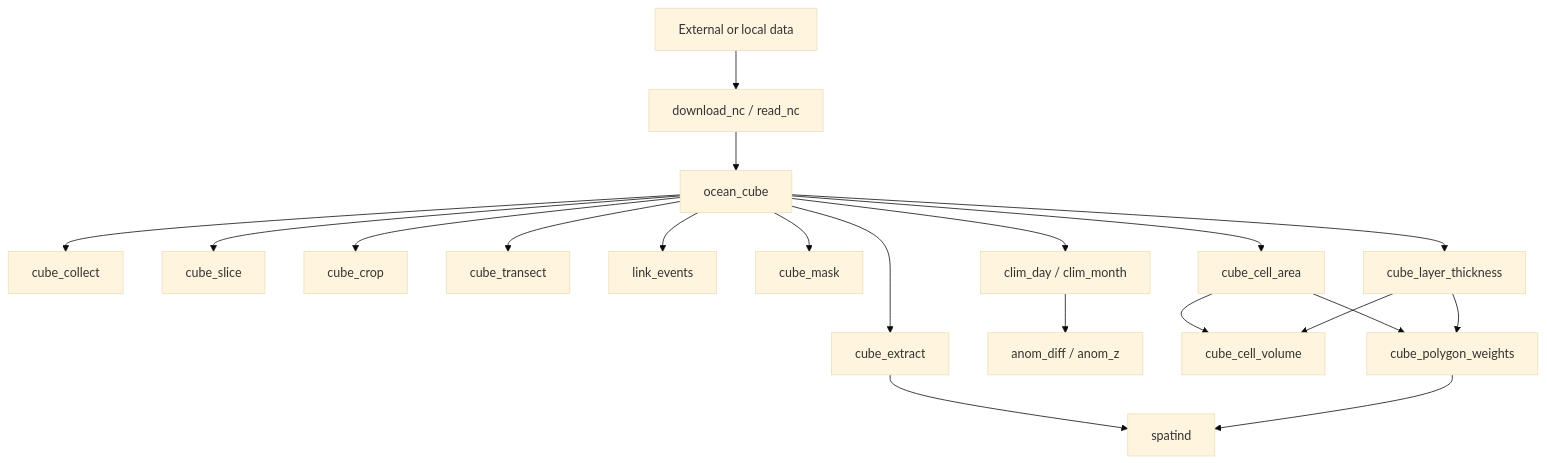
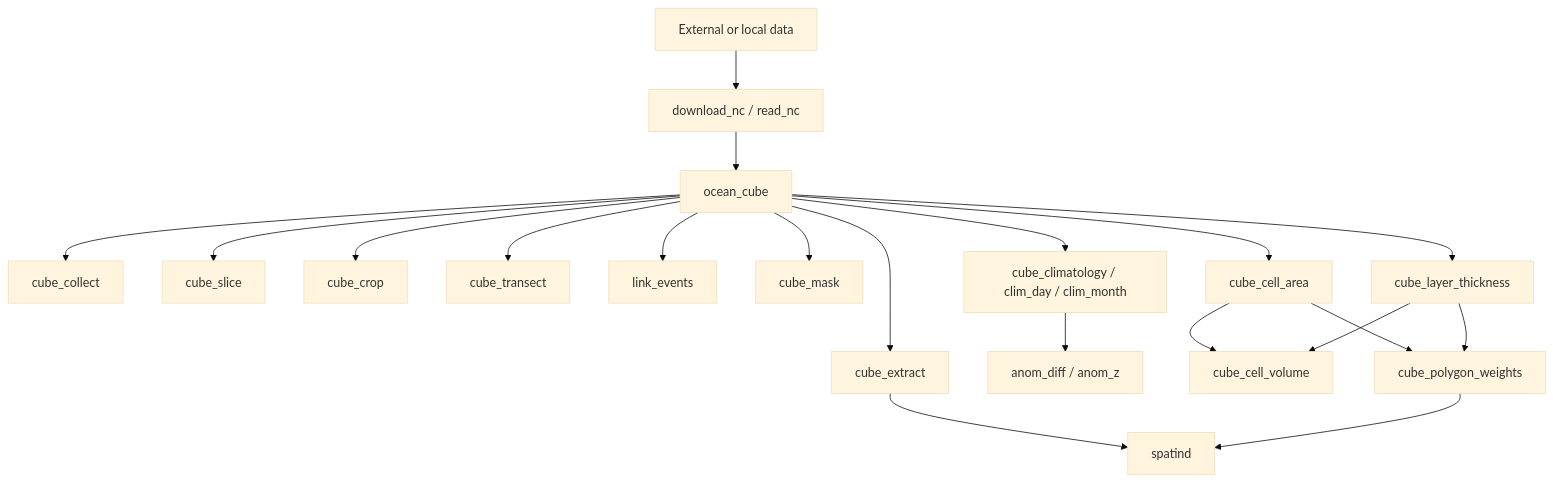
One commit to qselmer/oceancube changed the diagram in handbook/10-workflows.qmd. Above: the diagram before and after it, drawn with Mermaid (base theme). The commit also changed 29 other files, not shown here.

````diff
--- a/handbook/10-workflows.qmd
+++ b/handbook/10-workflows.qmd
@@ -4,22 +4,22 @@
 ```mermaid
 flowchart TD
 A[External or local data] --> B[download_nc / read_nc]
 B --> C[ocean_cube]
 C --> D[cube_collect]
 C --> E[cube_slice]
 C --> F[cube_crop]
 C --> G[cube_extract]
 C --> H[cube_transect]
 C --> I[link_events]
 C --> J[cube_mask]
-C --> K[clim_day / clim_month]
+C --> K[cube_climatology / clim_day / clim_month]
 K --> L[anom_diff / anom_z]
 C --> M[cube_cell_area]
 C --> N[cube_layer_thickness]
 M --> O[cube_cell_volume]
 N --> O
 M --> P[cube_polygon_weights]
 N --> P
 G --> Q[spatind]
 P --> Q
 ```
````
